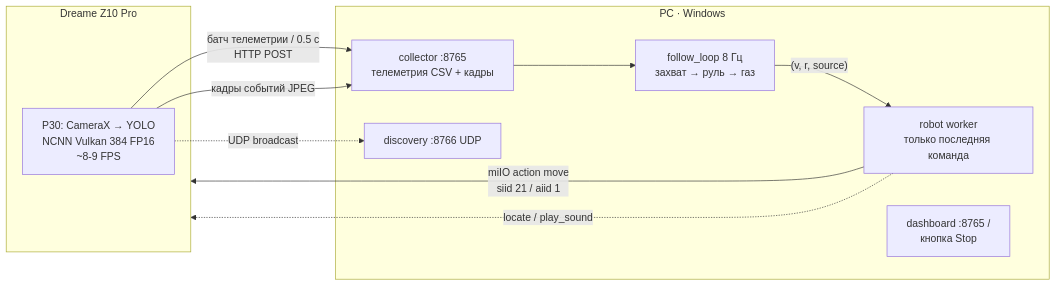
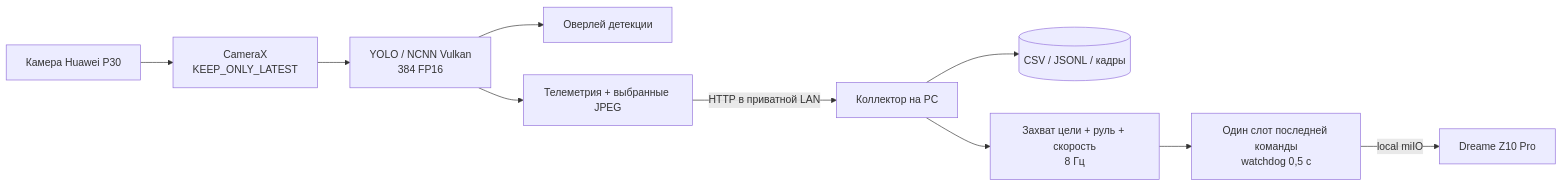
One commit to kwexz/cat-stalker changed the diagram in README_RU.md. Above: the diagram before and after it, drawn with Mermaid. The commit also changed other lines of this file and 15 other files, not shown here.

````diff
--- a/README_RU.md
+++ b/README_RU.md
@@ -68,20 +25,12 @@
 ```mermaid
 flowchart LR
-    subgraph robot [Dreame Z10 Pro]
-        P30[P30: CameraX → YOLO\nNCNN Vulkan 384 FP16\n~8-9 FPS]
-    end
-    subgraph pc [PC · Windows]
-        COL[collector :8765\nтелеметрия CSV + кадры]
-        FOL[follow_loop 8 Гц\nзахват → руль → газ]
-        ROB[robot worker\nтолько последняя команда]
-        DIS[discovery :8766 UDP]
-        DASH[dashboard :8765 /\nкнопка Stop]
-    end
-    P30 -- "батч телеметрии / 0.5 с\nHTTP POST" --> COL
-    P30 -- "кадры событий JPEG" --> COL
-    P30 -. "UDP broadcast" .-> DIS
-    COL --> FOL
-    FOL -- "(v, r, source)" --> ROB
-    ROB -- "miIO action move\nsiid 21 / aiid 1" --> robot
-    ROB -. "locate / play_sound" .-> robot
+    CAM[Камера Huawei P30] --> CX[CameraX<br/>KEEP_ONLY_LATEST]
+    CX --> NN[YOLO / NCNN Vulkan<br/>384 FP16]
+    NN --> UI[Оверлей детекции]
+    NN --> TEL[Телеметрия + выбранные JPEG]
+    TEL -->|HTTP в приватной LAN| COL[Коллектор на PC]
+    COL --> LOG[(CSV / JSONL / кадры)]
+    COL --> CTRL[Захват цели + руль + скорость<br/>8 Гц]
+    CTRL --> SLOT[Один слот последней команды<br/>watchdog 0,5 с]
+    SLOT -->|local miIO| VAC[Dreame Z10 Pro]
 ```
````
